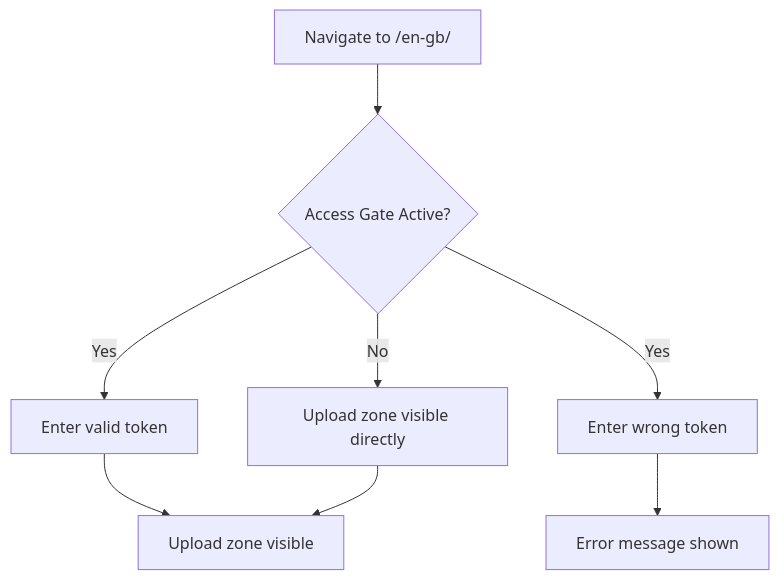
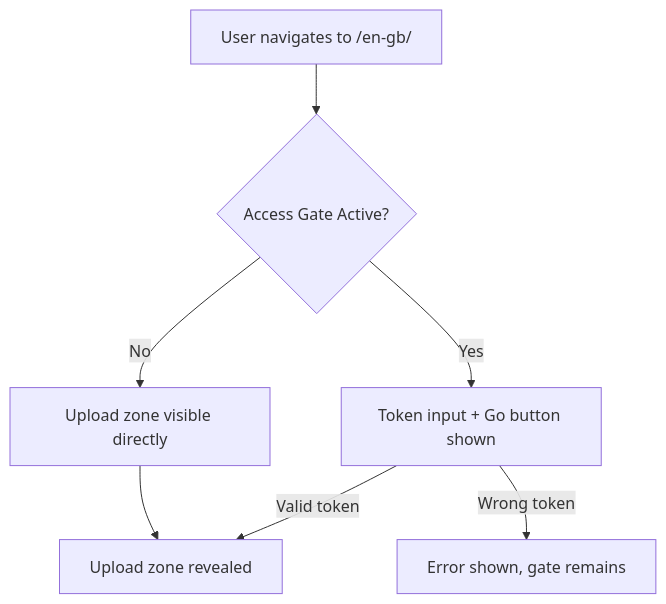
The diagram in sg_send_qa__site/pages/use-cases/access_gate/access_gate.md (the-cyber-boardroom/SG_Send__QA), drawn with Mermaid before and after one commit. The commit also changed other lines of this file and 2 other files, not shown here.

First line of the commit message:
Wire access_gate as the publishing workflow reference test

````diff
--- a/sg_send_qa__site/pages/use-cases/access_gate/access_gate.md
+++ b/sg_send_qa__site/pages/use-cases/access_gate/access_gate.md
@@ -36,10 +42,9 @@
 ```mermaid
 flowchart TD
-    A[Navigate to /en-gb/] --> B{Access Gate Active?}
-    B -->|Yes| C[Enter valid token]
-    B -->|Yes| D[Enter wrong token]
-    B -->|No| E[Upload zone visible directly]
-    C --> F["Upload zone visible"]
-    D --> G["Error message shown"]
+    A["User navigates to /en-gb/"] --> B{Access Gate Active?}
+    B -->|Yes| C["Token input + Go button shown"]
+    B -->|No| E["Upload zone visible directly"]
+    C -->|Valid token| F["Upload zone revealed"]
+    C -->|Wrong token| G["Error shown, gate remains"]
     E --> F
 ```
````
